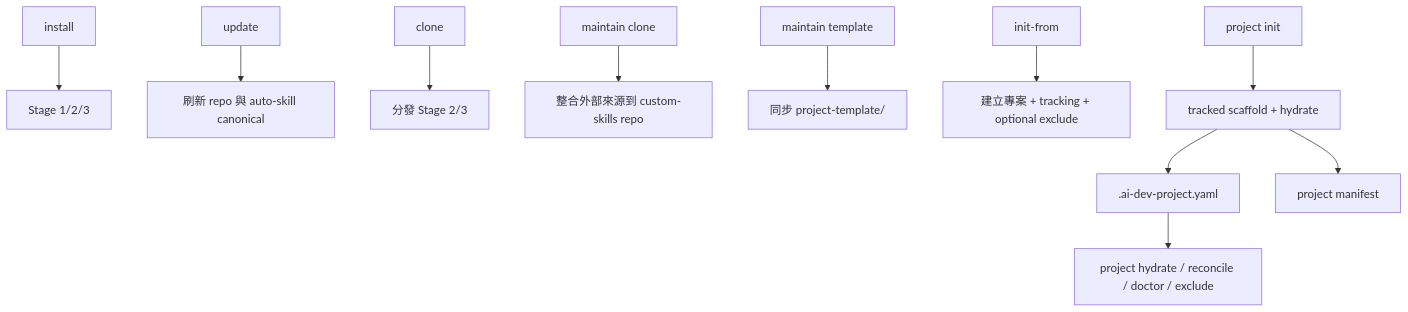
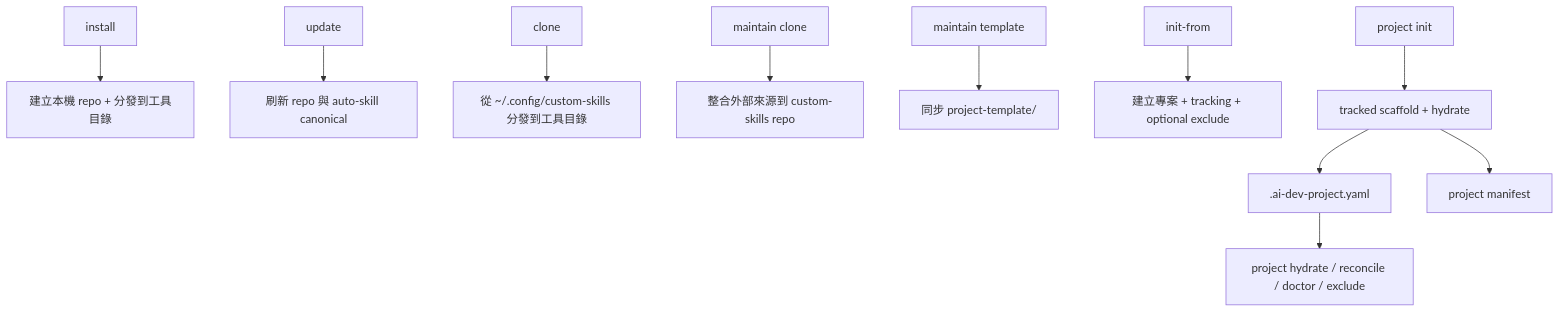
The second of 2 diagrams in docs/ai-dev指令與資料流參考.md (ValorVie/custom-skills), drawn with Mermaid before and after one commit. The commit also changed other lines of this file and 11 other files, not shown here.

````diff
--- a/docs/ai-dev指令與資料流參考.md
+++ b/docs/ai-dev指令與資料流參考.md
@@ -158,13 +230,13 @@
 ```mermaid
 flowchart TD
-    A["install"] --> B["Stage 1/2/3"]
+    A["install"] --> B["建立本機 repo + 分發到工具目錄"]
     C["update"] --> D["刷新 repo 與 auto-skill canonical"]
-    E["clone"] --> F["分發 Stage 2/3"]
+    E["clone"] --> F["從 ~/.config/custom-skills 分發到工具目錄"]
     G["maintain clone"] --> H["整合外部來源到 custom-skills repo"]
     I["maintain template"] --> J["同步 project-template/"]
     K["init-from"] --> L["建立專案 + tracking + optional exclude"]
     M["project init"] --> N["tracked scaffold + hydrate"]
     N --> O[".ai-dev-project.yaml"]
     N --> P["project manifest"]
     O --> Q["project hydrate / reconcile / doctor / exclude"]
 ```
````
